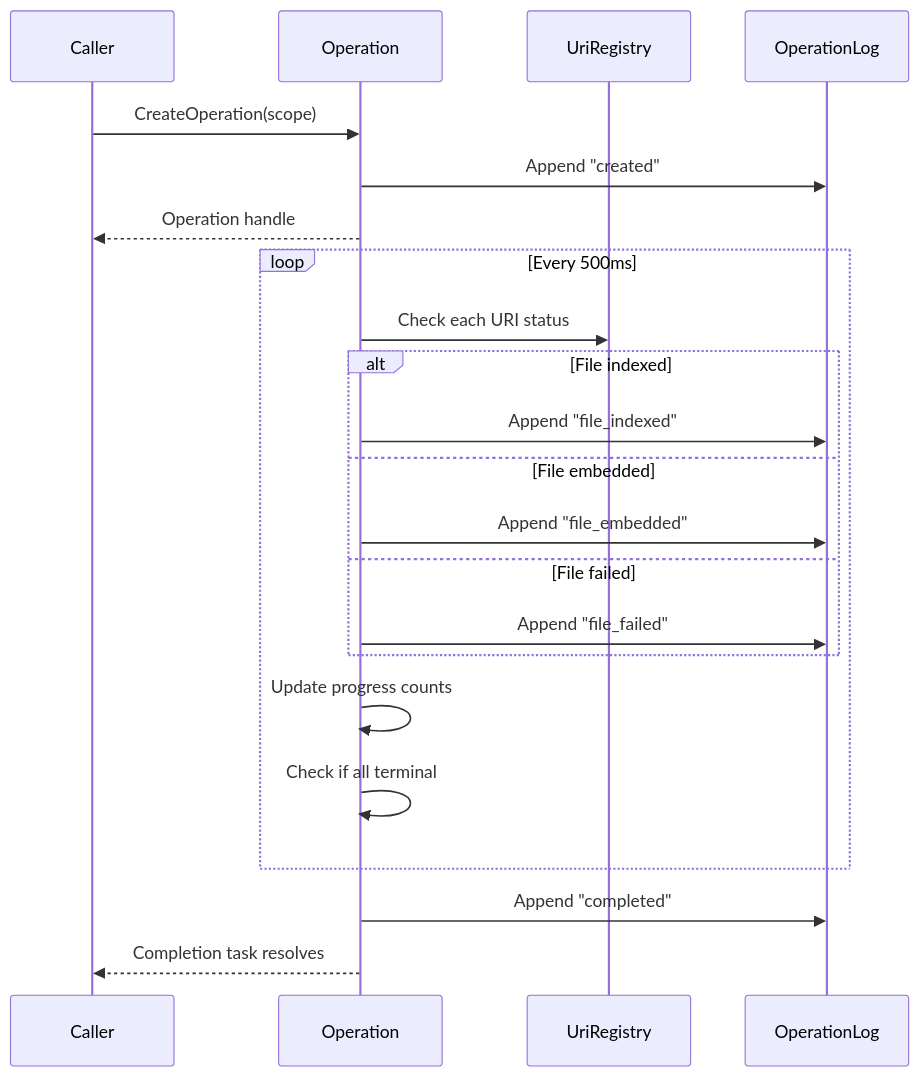
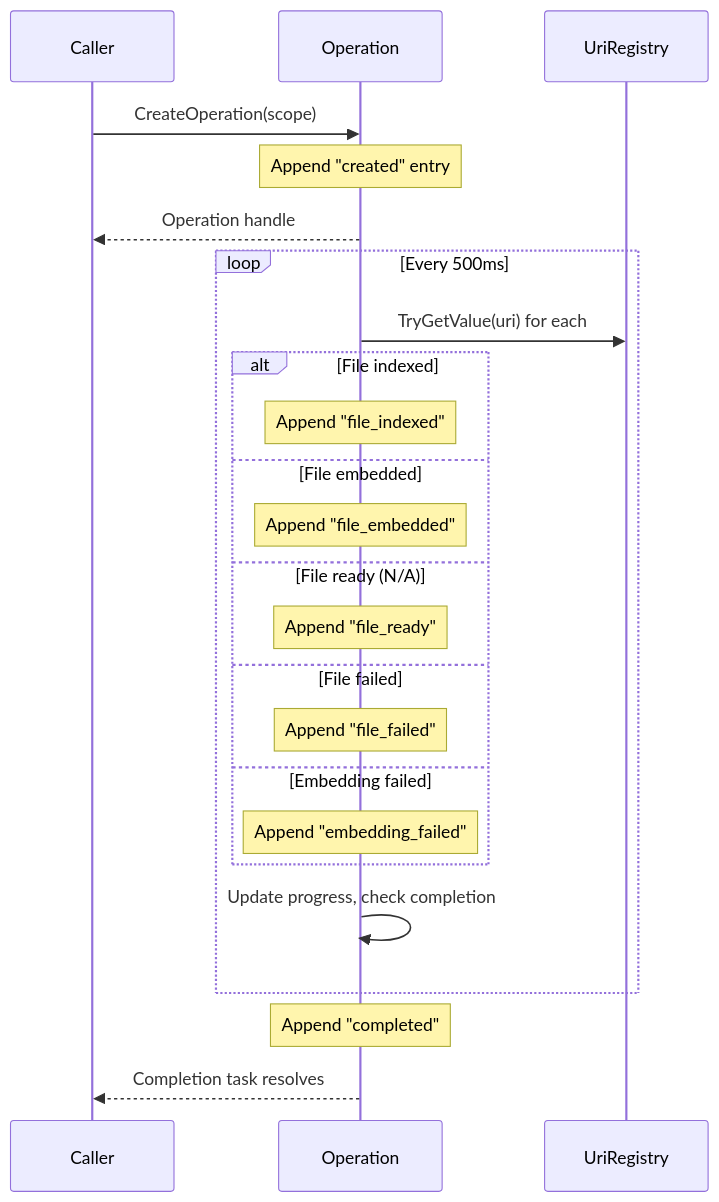
Before and after one commit to RepoQL/RepoQL: the second of 2 diagrams in docs/flows/future/operation-lifecycle.md, drawn with Mermaid. The commit also changed other lines of this file and 25 other files, not shown here.

````diff
--- a/docs/flows/future/operation-lifecycle.md
+++ b/docs/flows/future/operation-lifecycle.md
@@ -117,27 +131,29 @@
 ```mermaid
 sequenceDiagram
     participant Caller
     participant Op as Operation
     participant Reg as UriRegistry
-    participant Log as OperationLog
 
     Caller->>Op: CreateOperation(scope)
-    Op->>Log: Append "created"
+    Note over Op: Append "created" entry
     Op-->>Caller: Operation handle
 
     loop Every 500ms
-        Op->>Reg: Check each URI status
+        Op->>Reg: TryGetValue(uri) for each
         alt File indexed
-            Op->>Log: Append "file_indexed"
+            Note over Op: Append "file_indexed"
         else File embedded
-            Op->>Log: Append "file_embedded"
+            Note over Op: Append "file_embedded"
+        else File ready (N/A)
+            Note over Op: Append "file_ready"
         else File failed
-            Op->>Log: Append "file_failed"
+            Note over Op: Append "file_failed"
+        else Embedding failed
+            Note over Op: Append "embedding_failed"
         end
-        Op->>Op: Update progress counts
-        Op->>Op: Check if all terminal
+        Op->>Op: Update progress, check completion
     end
 
-    Op->>Log: Append "completed"
+    Note over Op: Append "completed"
     Op-->>Caller: Completion task resolves
 ```
````
